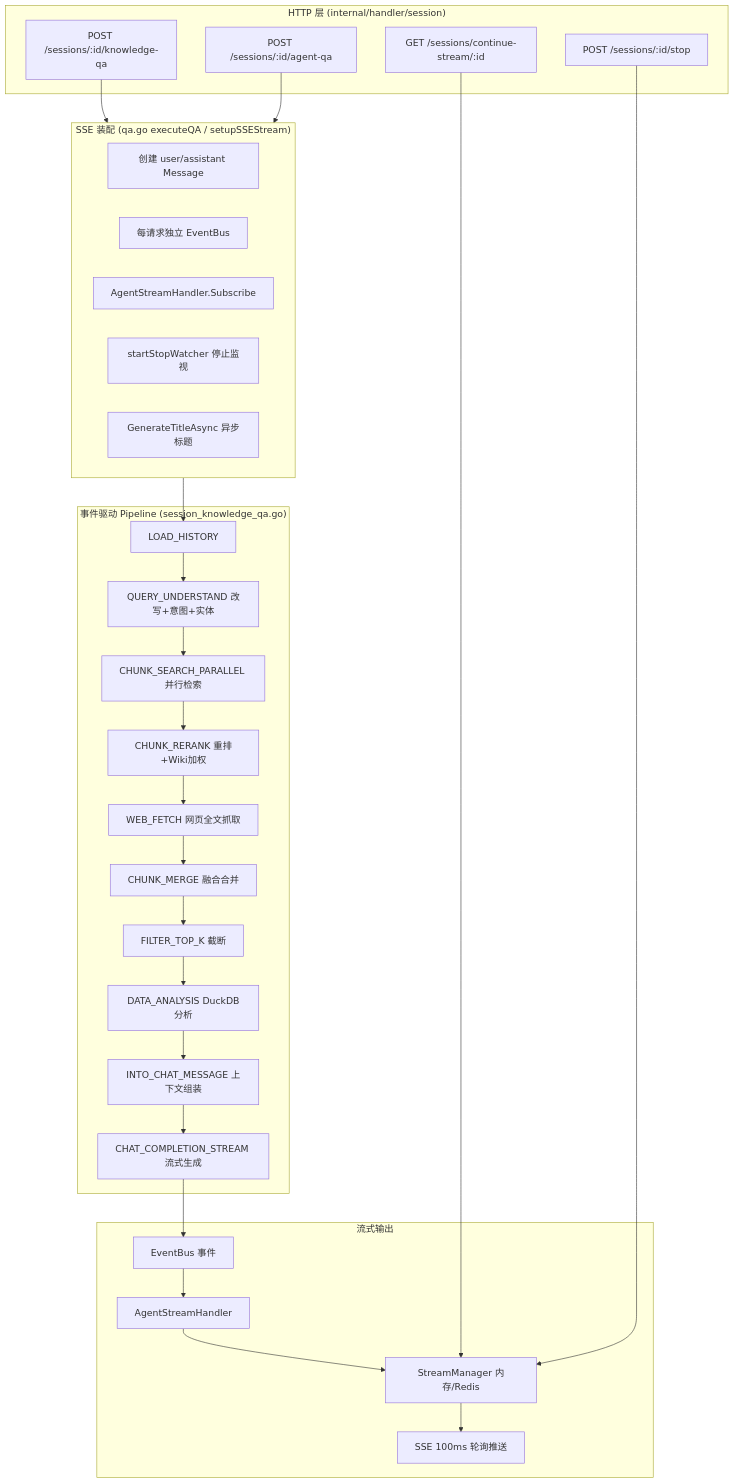
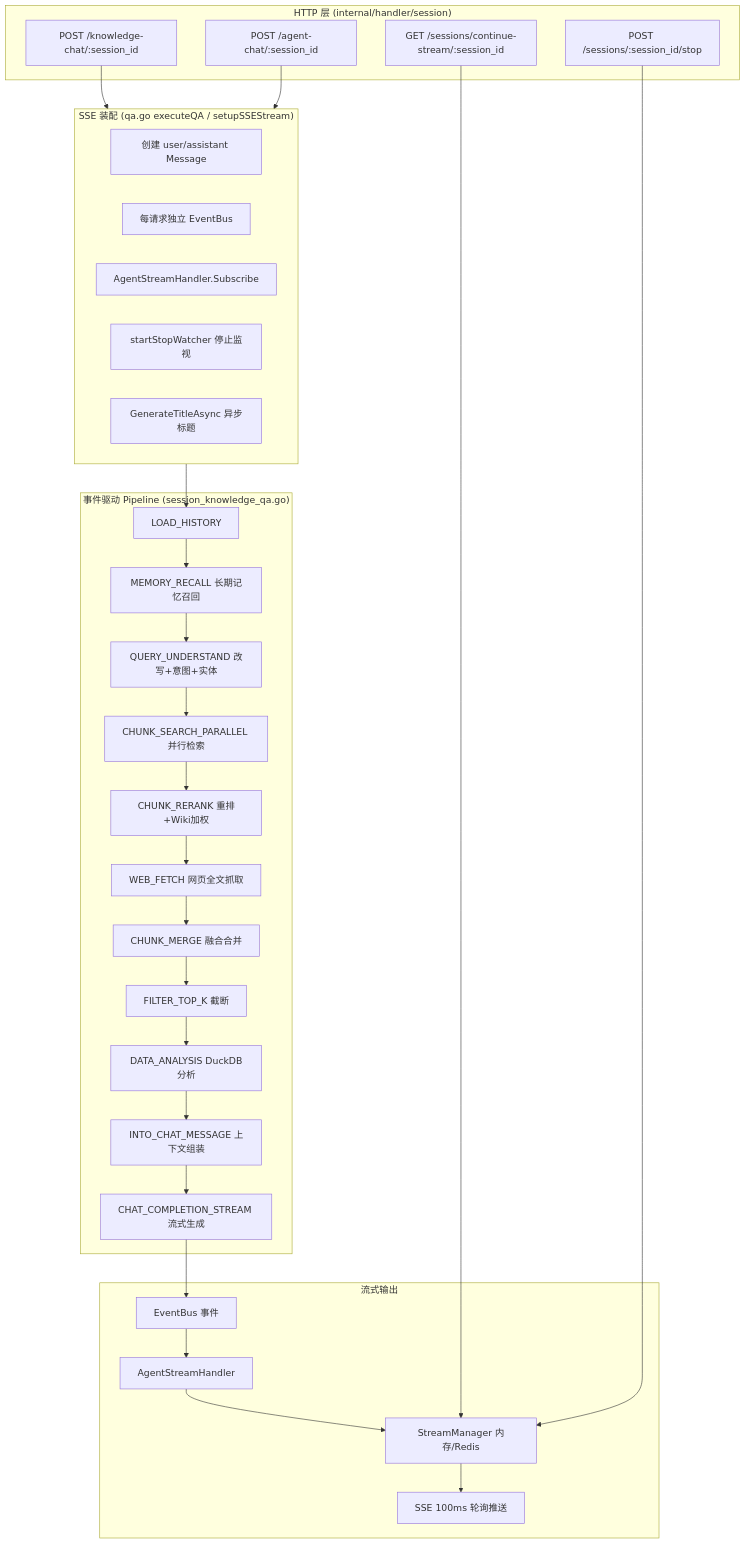
One commit to michadel/WeKnora changed the first of 3 diagrams in website-docs/02-architecture/04-rag-pipeline.md. Above: the diagram before and after it, drawn with Mermaid. The commit also changed other lines of this file and 125 other files, not shown here.

````diff
--- a/website-docs/02-architecture/04-rag-pipeline.md
+++ b/website-docs/02-architecture/04-rag-pipeline.md
@@ -9,44 +9,45 @@
 ```mermaid
 flowchart TD
     subgraph HTTP["HTTP 层 (internal/handler/session)"]
-        A1["POST /sessions/:id/knowledge-qa"]
-        A2["POST /sessions/:id/agent-qa"]
-        A3["GET /sessions/continue-stream/:id"]
-        A4["POST /sessions/:id/stop"]
+        A1["POST /knowledge-chat/:session_id"]
+        A2["POST /agent-chat/:session_id"]
+        A3["GET /sessions/continue-stream/:session_id"]
+        A4["POST /sessions/:session_id/stop"]
     end
 
     subgraph Setup["SSE 装配 (qa.go executeQA / setupSSEStream)"]
         B1["创建 user/assistant Message"]
         B2["每请求独立 EventBus"]
         B3["AgentStreamHandler.Subscribe"]
         B4["startStopWatcher 停止监视"]
         B5["GenerateTitleAsync 异步标题"]
     end
 
     subgraph Pipeline["事件驱动 Pipeline (session_knowledge_qa.go)"]
         C0["LOAD_HISTORY"]
+        CM["MEMORY_RECALL 长期记忆召回"]
         C1["QUERY_UNDERSTAND 改写+意图+实体"]
         C2["CHUNK_SEARCH_PARALLEL 并行检索"]
         C3["CHUNK_RERANK 重排+Wiki加权"]
         C4["WEB_FETCH 网页全文抓取"]
         C5["CHUNK_MERGE 融合合并"]
         C6["FILTER_TOP_K 截断"]
         C7["DATA_ANALYSIS DuckDB分析"]
         C8["INTO_CHAT_MESSAGE 上下文组装"]
         C9["CHAT_COMPLETION_STREAM 流式生成"]
     end
 
     subgraph Streaming["流式输出"]
         D1["EventBus 事件"]
         D2["AgentStreamHandler"]
         D3["StreamManager 内存/Redis"]
         D4["SSE 100ms 轮询推送"]
     end
 
     A1 --> Setup
     A2 --> Setup
-    Setup --> C0 --> C1 --> C2 --> C3 --> C4 --> C5 --> C6 --> C7 --> C8 --> C9
+    Setup --> C0 --> CM --> C1 --> C2 --> C3 --> C4 --> C5 --> C6 --> C7 --> C8 --> C9
     C9 --> D1 --> D2 --> D3 --> D4
     A3 --> D3
     A4 --> D3
 ```
````
